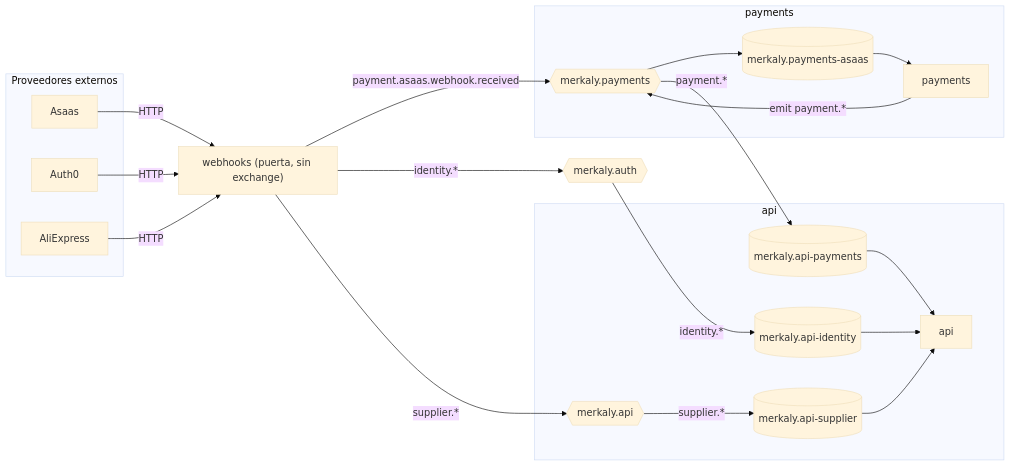
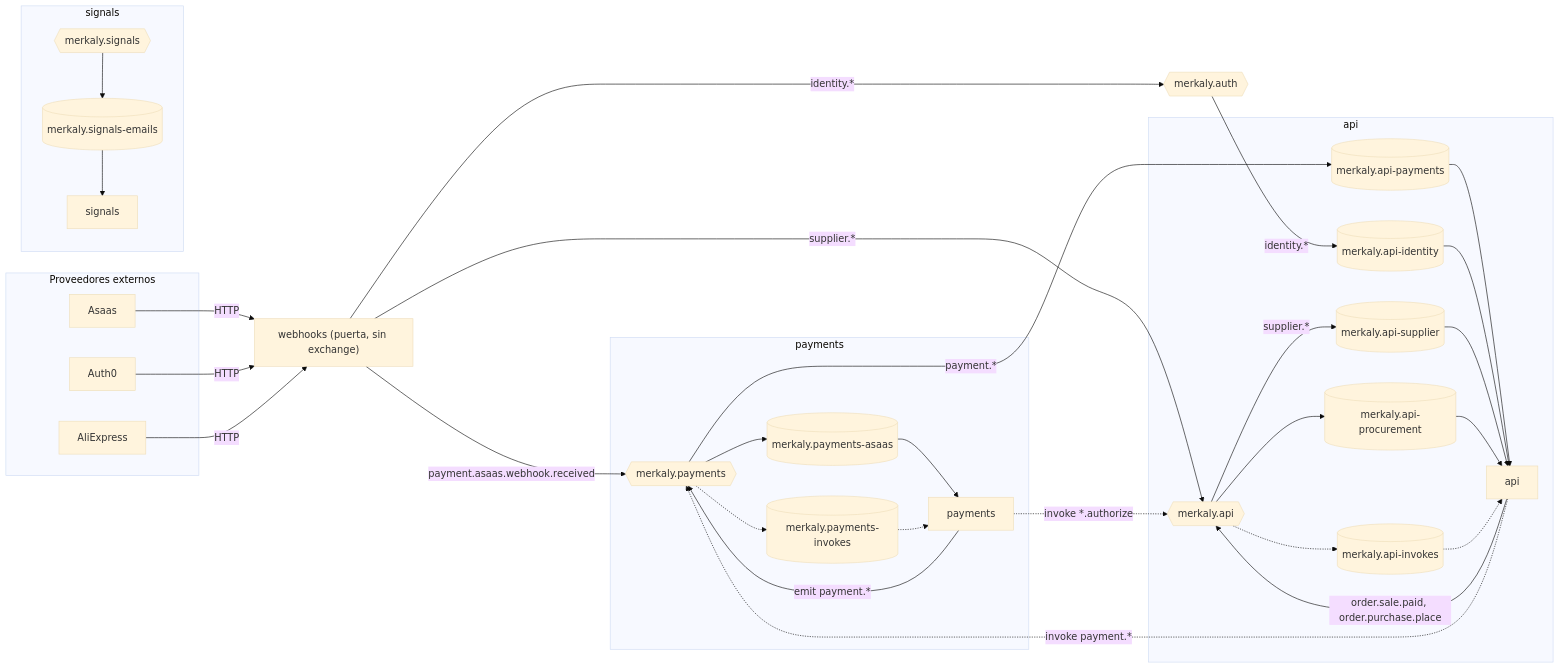
One commit to merkaly-io/docs.merkaly.io changed the diagram in content/7.plataforma/1.servicios.md. Above: the diagram before and after it, drawn with Mermaid (base theme). The commit also changed other lines of this file and 17 other files, not shown here.

First line of the commit message:
docs(plataforma): explain how RabbitMQ messaging works today, with animated flows (#19)

````diff
--- a/content/7.plataforma/1.servicios.md
+++ b/content/7.plataforma/1.servicios.md
@@ -19,33 +19,48 @@
 ```mermaid
 flowchart LR
   subgraph EXT["Proveedores externos"]
     ASAAS["Asaas"]
     AUTH0["Auth0"]
     AE["AliExpress"]
   end
   WH["webhooks (puerta, sin exchange)"]
   subgraph PAY["payments"]
     XPAY{{"merkaly.payments"}}
     QASAAS[("merkaly.payments-asaas")]
+    QPINV[("merkaly.payments-invokes")]
     PSVC["payments"]
   end
   XAUTH{{"merkaly.auth"}}
   subgraph API["api"]
     XAPI{{"merkaly.api"}}
     QPAY[("merkaly.api-payments")]
     QSUP[("merkaly.api-supplier")]
     QID[("merkaly.api-identity")]
+    QPROC[("merkaly.api-procurement")]
+    QAINV[("merkaly.api-invokes")]
     ASVC["api"]
+  end
+  subgraph SIG["signals"]
+    XSIG{{"merkaly.signals"}}
+    QMAIL[("merkaly.signals-emails")]
+    SSVC["signals"]
   end
   ASAAS -- HTTP --> WH
   AUTH0 -- HTTP --> WH
   AE -- HTTP --> WH
   WH -- "payment.asaas.webhook.received" --> XPAY
   WH -- "identity.*" --> XAUTH
   WH -- "supplier.*" --> XAPI
   XPAY --> QASAAS --> PSVC
   PSVC -- "emit payment.*" --> XPAY
   XPAY -- "payment.*" --> QPAY --> ASVC
   XAUTH -- "identity.*" --> QID --> ASVC
   XAPI -- "supplier.*" --> QSUP --> ASVC
+  ASVC -- "order.sale.paid, order.purchase.place" --> XAPI
+  XAPI --> QPROC --> ASVC
+  ASVC -. "invoke payment.*" .-> XPAY
+  XPAY -.-> QPINV -.-> PSVC
+  PSVC -. "invoke *.authorize" .-> XAPI
+  XAPI -.-> QAINV -.-> ASVC
+  XSIG --> QMAIL --> SSVC
 ```
````
